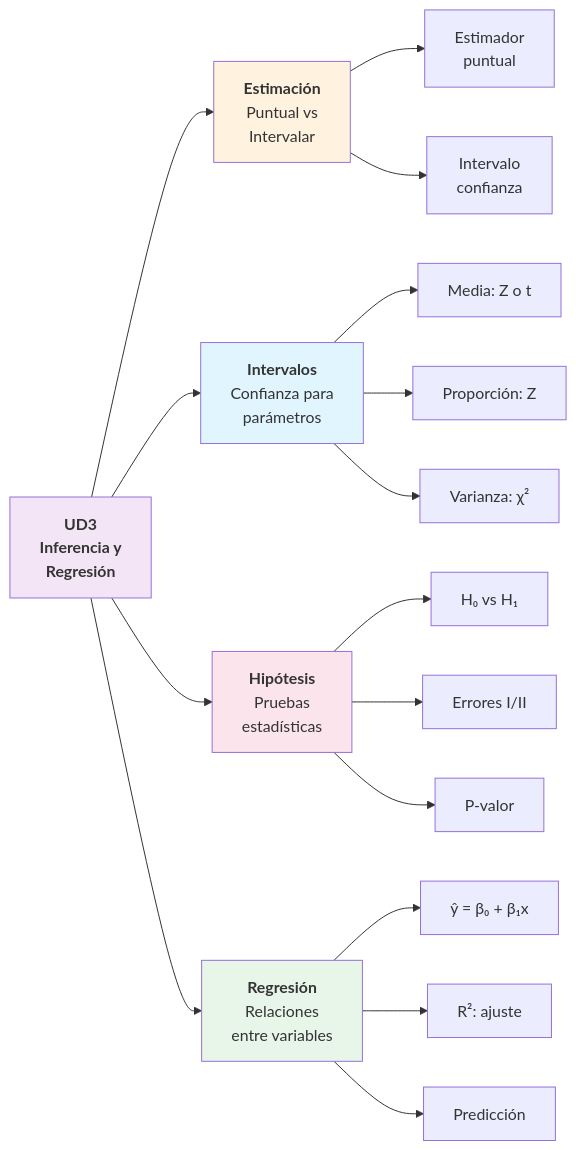
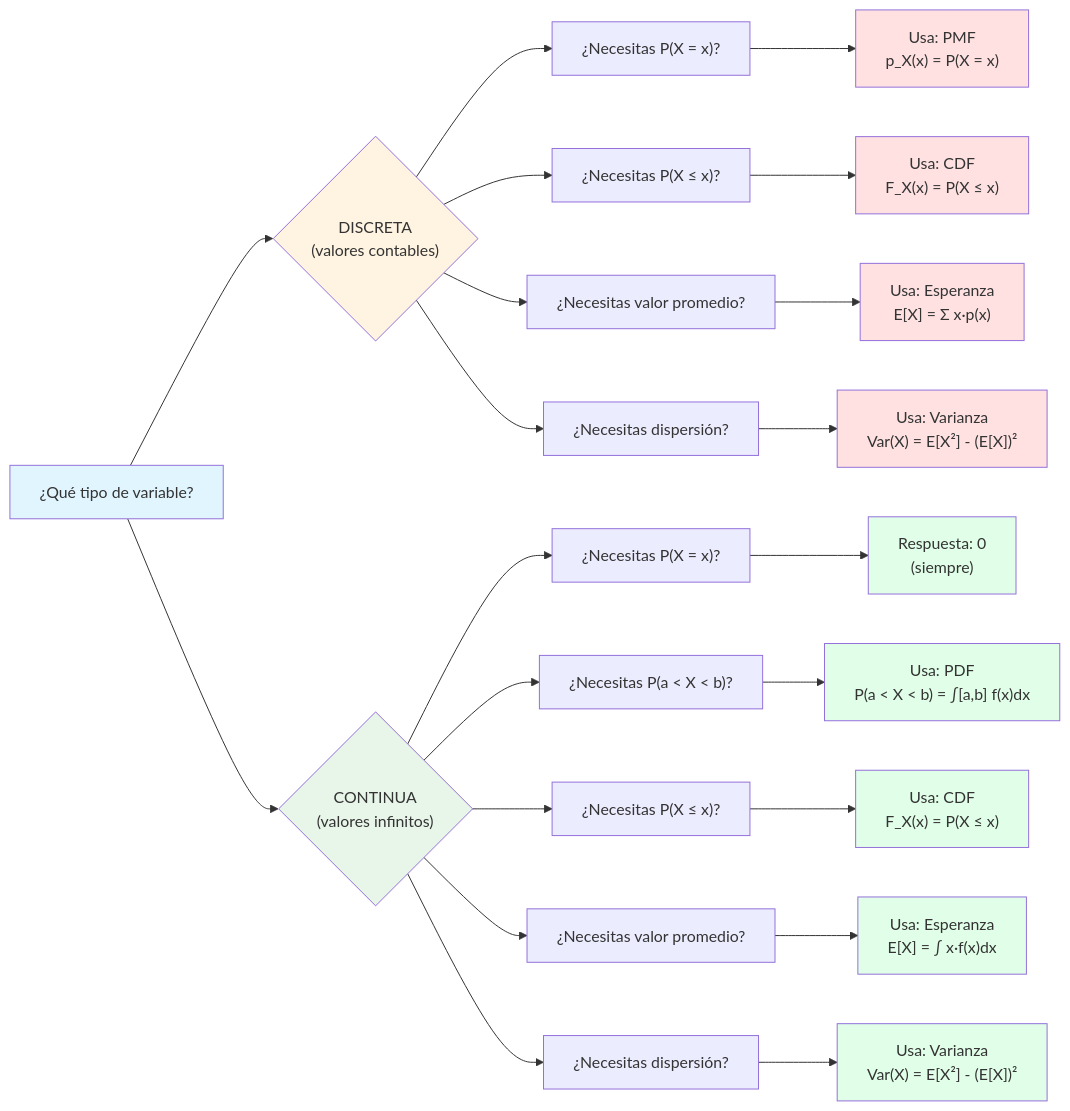
Before and after one commit to raul-drupal-dev/uax-estadistica-I: the first of 2 diagrams in docs/ud3/resumen.md, drawn with Mermaid. The commit also changed other lines of this file and 30 other files, not shown here.

````diff
--- a/docs/ud3/resumen.md
+++ b/docs/ud3/resumen.md
@@ -14,30 +20,40 @@
 ```mermaid
-graph LR
-    A["<b>UD3<br/>Inferencia y<br/>Regresión</b>"]
+flowchart LR
+    Start["¿Qué tipo de variable?"] --> Discreta{"DISCRETA<br/>(valores contables)"}
+    Start --> Continua{"CONTINUA<br/>(valores infinitos)"}
 
-    A --> B["<b>Estimación</b><br/>Puntual vs<br/>Intervalar"]
-    A --> C["<b>Intervalos</b><br/>Confianza para<br/>parámetros"]
-    A --> D["<b>Hipótesis</b><br/>Pruebas<br/>estadísticas"]
-    A --> E["<b>Regresión</b><br/>Relaciones<br/>entre variables"]
+    Discreta --> D1["¿Necesitas P(X = x)?"]
+    Discreta --> D2["¿Necesitas P(X ≤ x)?"]
+    Discreta --> D3["¿Necesitas valor promedio?"]
+    Discreta --> D4["¿Necesitas dispersión?"]
 
-    B --> B1["Estimador<br/>puntual"]
-    B --> B2["Intervalo<br/>confianza"]
+    D1 --> D1R["Usa: PMF<br/>p_X(x) = P(X = x)"]
+    D2 --> D2R["Usa: CDF<br/>F_X(x) = P(X ≤ x)"]
+    D3 --> D3R["Usa: Esperanza<br/>E[X] = Σ x·p(x)"]
+    D4 --> D4R["Usa: Varianza<br/>Var(X) = E[X²] - (E[X])²"]
 
-    C --> C1["Media: Z o t"]
-    C --> C2["Proporción: Z"]
-    C --> C3["Varianza: χ²"]
+    Continua --> C1["¿Necesitas P(X = x)?"]
+    Continua --> C2["¿Necesitas P(a < X < b)?"]
+    Continua --> C3["¿Necesitas P(X ≤ x)?"]
+    Continua --> C4["¿Necesitas valor promedio?"]
+    Continua --> C5["¿Necesitas dispersión?"]
 
-    D --> D1["H₀ vs H₁"]
-    D --> D2["Errores I/II"]
-    D --> D3["P-valor"]
+    C1 --> C1R["Respuesta: 0<br/>(siempre)"]
+    C2 --> C2R["Usa: PDF<br/>P(a < X < b) = ∫[a,b] f(x)dx"]
+    C3 --> C3R["Usa: CDF<br/>F_X(x) = P(X ≤ x)"]
+    C4 --> C4R["Usa: Esperanza<br/>E[X] = ∫ x·f(x)dx"]
+    C5 --> C5R["Usa: Varianza<br/>Var(X) = E[X²] - (E[X])²"]
 
-    E --> E1["ŷ = β₀ + β₁x"]
-    E --> E2["R²: ajuste"]
-    E --> E3["Predicción"]
-
-    style A fill:#f3e5f5
-    style B fill:#fff3e0
-    style C fill:#e1f5ff
-    style D fill:#fce4ec
-    style E fill:#e8f5e9
+    style Start fill:#e1f5ff
+    style Discreta fill:#fff4e1
+    style Continua fill:#e8f5e9
+    style D1R fill:#ffe1e1
+    style D2R fill:#ffe1e1
+    style D3R fill:#ffe1e1
+    style D4R fill:#ffe1e1
+    style C1R fill:#e1ffe8
+    style C2R fill:#e1ffe8
+    style C3R fill:#e1ffe8
+    style C4R fill:#e1ffe8
+    style C5R fill:#e1ffe8
 ```
````
